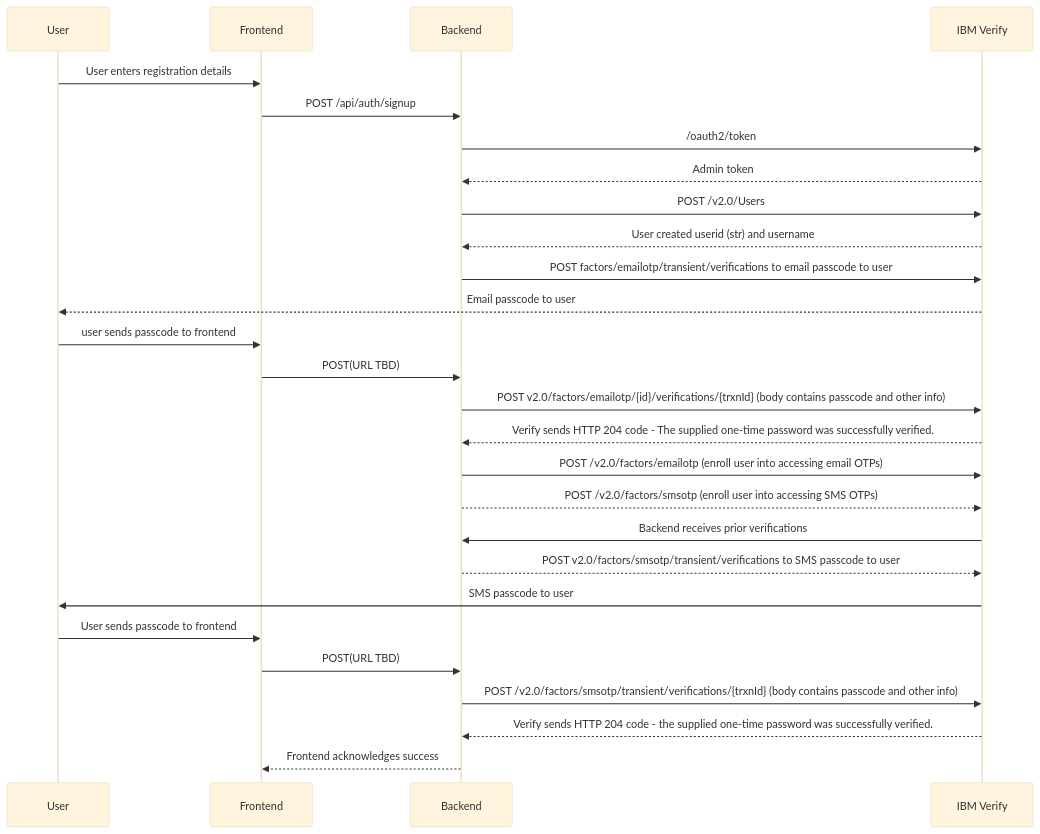
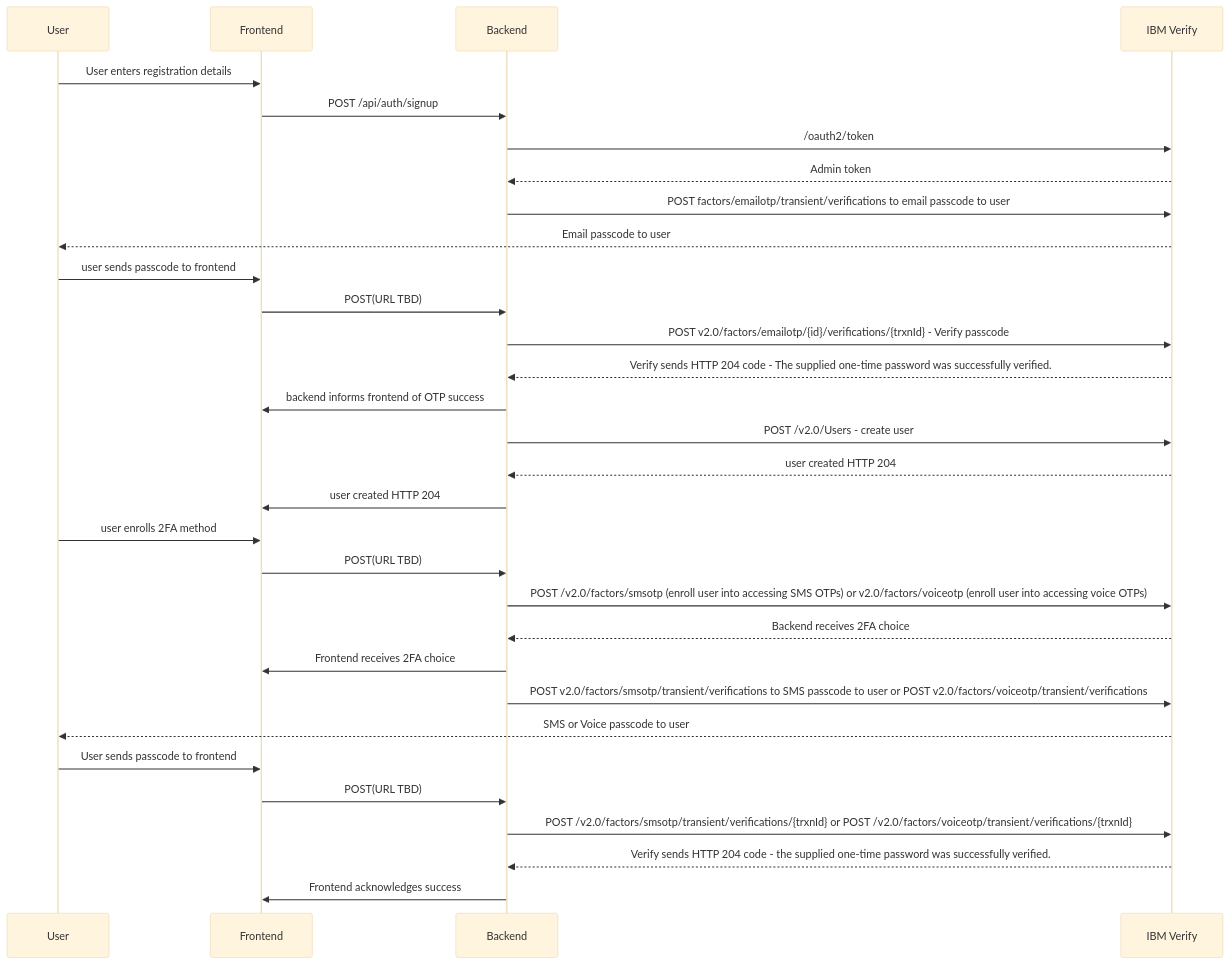
Before and after one commit to cds-snc/canadalogin-user-selfservice-webapp: the diagram in docs/enrollment flow.mmd, drawn with Mermaid (base theme). The commit also changed 1 other file, not shown here.

Commit message:
included sms and voice verifications

```diff
--- a/docs/enrollment flow.mmd
+++ b/docs/enrollment flow.mmd
@@ -1,28 +1,32 @@
 sequenceDiagram
     participant User
     participant Frontend
     participant Backend
     participant IBM Verify
     
     User->>Frontend: User enters registration details
     Frontend->>Backend: POST /api/auth/signup
     Backend->>IBM Verify: /oauth2/token
     IBM Verify-->>Backend:Admin token
-    Backend->>IBM Verify:POST /v2.0/Users
-    IBM Verify-->>Backend: User created userid (str) and username
     Backend->>IBM Verify: POST factors/emailotp/transient/verifications to email passcode to user
     IBM Verify -->> User: Email passcode to user
     User ->> Frontend: user sends passcode to frontend
     Frontend ->> Backend: POST(URL TBD)
-    Backend ->> IBM Verify: POST v2.0/factors/emailotp/{id}/verifications/{trxnId} (body contains passcode and other info)
+    Backend ->> IBM Verify: POST v2.0/factors/emailotp/{id}/verifications/{trxnId} - Verify passcode
     IBM Verify -->> Backend: Verify sends HTTP 204 code - The supplied one-time password was successfully verified.
-    Backend ->> IBM Verify: POST /v2.0/factors/emailotp (enroll user into accessing email OTPs)
-    Backend -->> IBM Verify: POST /v2.0/factors/smsotp (enroll user into accessing SMS OTPs)
-    IBM Verify ->> Backend : Backend receives prior verifications
-    Backend -->> IBM Verify: POST v2.0/factors/smsotp/transient/verifications to SMS passcode to user
-    IBM Verify ->> User : SMS passcode to user
+    Backend ->> Frontend: backend informs frontend of  OTP success
+    Backend->>IBM Verify:POST /v2.0/Users - create user
+    IBM Verify -->> Backend: user created HTTP 204
+    Backend ->> Frontend: user created HTTP 204
+    User ->> Frontend: user enrolls 2FA method
+    Frontend ->> Backend: POST(URL TBD)
+    Backend ->> IBM Verify: POST /v2.0/factors/smsotp (enroll user into accessing SMS OTPs) or v2.0/factors/voiceotp (enroll user into accessing voice OTPs)
+    IBM Verify -->> Backend : Backend receives 2FA choice
+    Backend ->> Frontend : Frontend receives 2FA choice
+    Backend ->> IBM Verify: POST v2.0/factors/smsotp/transient/verifications to SMS passcode to user or POST v2.0/factors/voiceotp/transient/verifications
+    IBM Verify -->> User : SMS or Voice passcode to user
     User ->> Frontend: User sends passcode to frontend
     Frontend ->> Backend:  POST(URL TBD)
-    Backend->>IBM Verify: POST /v2.0/factors/smsotp/transient/verifications/{trxnId} (body contains passcode and other info)
+    Backend->>IBM Verify: POST /v2.0/factors/smsotp/transient/verifications/{trxnId} or POST /v2.0/factors/voiceotp/transient/verifications/{trxnId}
     IBM Verify -->> Backend: Verify sends HTTP 204 code - the supplied one-time password was successfully verified.
-    Backend -->> Frontend: Frontend acknowledges success
+    Backend ->> Frontend: Frontend acknowledges success
```
